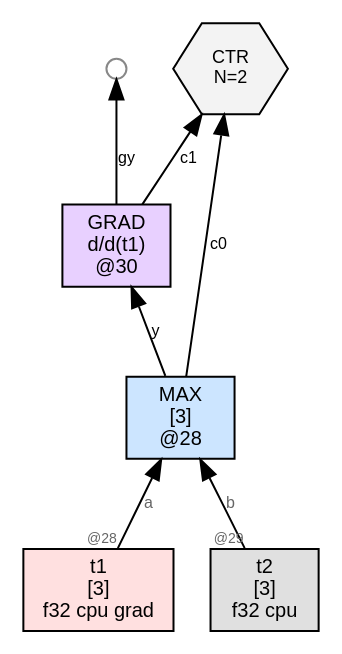
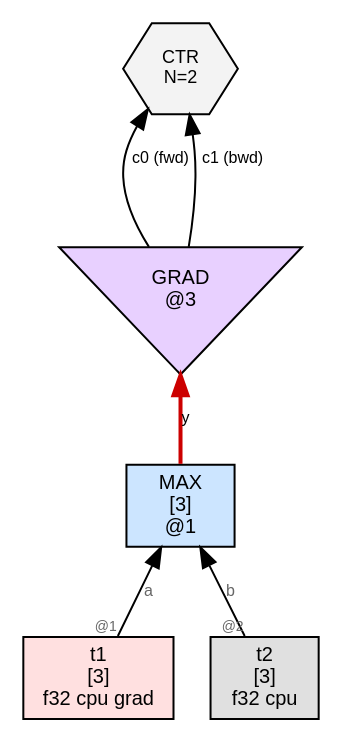
Before and after one commit to sw1sh/TinyHVM: the diagram in wl/examples/thvm_graphs/grad_rules/max/thvm_0_pre_reduce.dot, drawn with Graphviz. The commit also changed 210 other files, not shown here.

First line of the commit message:
grad: migrate test_grad_rules to thvm_grad_pair + CTR{fwd, bwd}

```diff
--- a/wl/examples/thvm_graphs/grad_rules/max/thvm_0_pre_reduce.dot
+++ b/wl/examples/thvm_graphs/grad_rules/max/thvm_0_pre_reduce.dot
@@ -1,18 +1,16 @@
 digraph G {
   rankdir=BT;
   node [fontname="Helvetica", fontsize=10, style=filled, shape=box, margin="0.1,0.05"];
   edge [fontsize=8, fontname="Helvetica"];
 
-  n28 [label="MAX\n[3]\n@28", shape=box, fillcolor="#cce5ff"];
+  n1 [label="MAX\n[3]\n@1", shape=box, fillcolor="#cce5ff"];
   t1 [label="t1\n[3]\nf32 cpu grad",shape=box,fillcolor="#ffe0e0"];
-  t1 -> n28 [label="a",taillabel="@28",labelfontsize=7,fontcolor="#666666"];
+  t1 -> n1 [label="a",taillabel="@1",labelfontsize=7,fontcolor="#666666"];
   t2 [label="t2\n[3]\nf32 cpu",shape=box,fillcolor="#e0e0e0"];
-  t2 -> n28 [label="b",taillabel="@29",labelfontsize=7,fontcolor="#666666"];
-  n30 [label="GRAD\nd/d(t1)\n@30", shape=box, fillcolor="#e8d0ff"];
-  n28 -> n30 [label="y"];
-  free30_1 [label="",shape=circle,width=0.14,height=0.14,fixedsize=true,fillcolor="#ffffff",color="#888888",fontsize=1];
-  n30 -> free30_1 [label="gy"];
-  ctr26 [label="CTR\nN=2", shape=hexagon, fillcolor="#f3f3f3", fontsize=9];
-  n28 -> ctr26 [label="c0"];
-  n30 -> ctr26 [label="c1"];
+  t2 -> n1 [label="b",taillabel="@2",labelfontsize=7,fontcolor="#666666"];
+  ctr6 [label="CTR\nN=2", shape=hexagon, fillcolor="#f3f3f3", fontsize=9];
+  grad3 [label="GRAD\n@3", shape=invtriangle, fillcolor="#e8d0ff"];
+  n1 -> grad3 [label="y",color="#cc0000",penwidth=2.0];
+  grad3 -> ctr6 [label="c0 (fwd)"];
+  grad3 -> ctr6 [label="c1 (bwd)"];
 }
```
